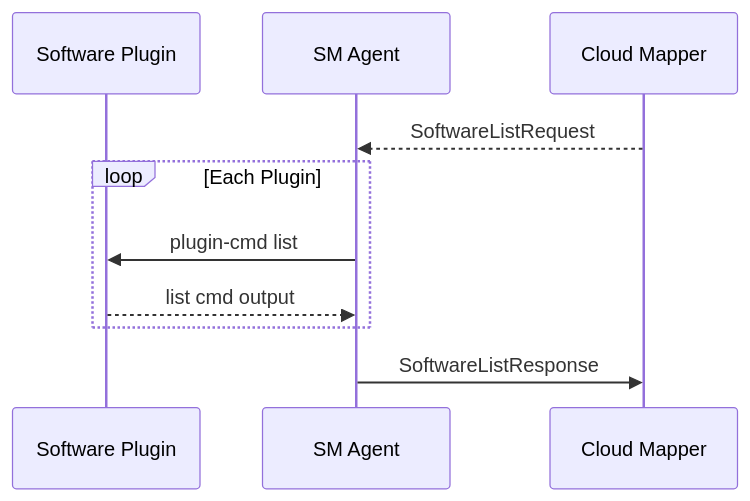
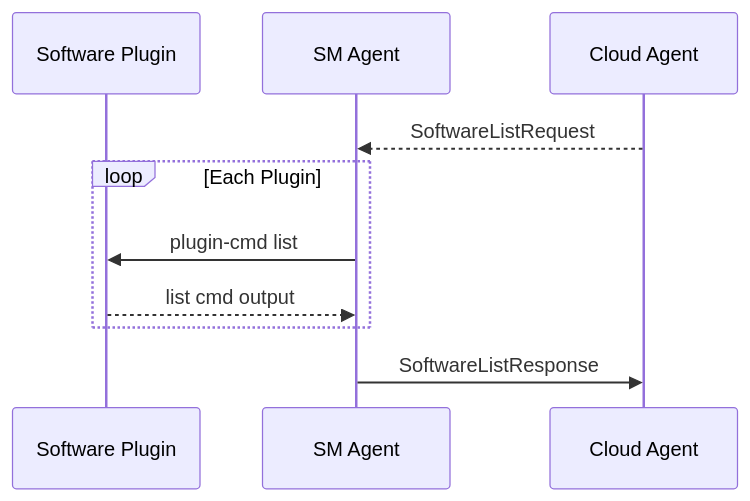
One commit to thin-edge/thin-edge.io-specs changed the second of 3 diagrams in src/software-management/sm-agent.md. Above: the diagram before and after it, drawn with Mermaid. The commit also changed other lines of this file, not shown here.

````diff
--- a/src/software-management/sm-agent.md
+++ b/src/software-management/sm-agent.md
@@ -37,12 +50,12 @@
 ```mermaid
 sequenceDiagram
     participant Software Plugin
     participant SM Agent
-    participant Cloud Mapper
-    Cloud Mapper-->>SM Agent: SoftwareListRequest
+    participant Cloud Agent
+    Cloud Agent-->>SM Agent: SoftwareListRequest
     loop Each Plugin
         SM Agent->>Software Plugin: plugin-cmd list
         Software Plugin-->>SM Agent: list cmd output
     end
-    SM Agent->>Cloud Mapper: SoftwareListResponse
+    SM Agent->>Cloud Agent: SoftwareListResponse
 ```
````
